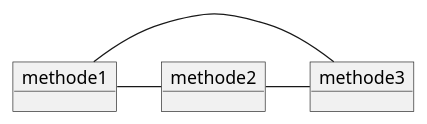
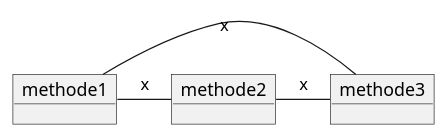
The diagram in exercises/tcc-vs-lcc.md (CodyAdam/VV-ESIR-TP2), drawn with PlantUML before and after one commit. The commit also changed other lines of this file, not shown here.

````diff
--- a/exercises/tcc-vs-lcc.md
+++ b/exercises/tcc-vs-lcc.md
@@ -29,10 +32,10 @@
 ```plantuml
 object methode1
 object methode2
 object methode3
 
 
-methode1 - methode2
-methode2 - methode3
-methode3 - methode1
+methode1 - methode2 : x 
+methode2 - methode3 : x 
+methode3 - methode1 : x
 ```
````
